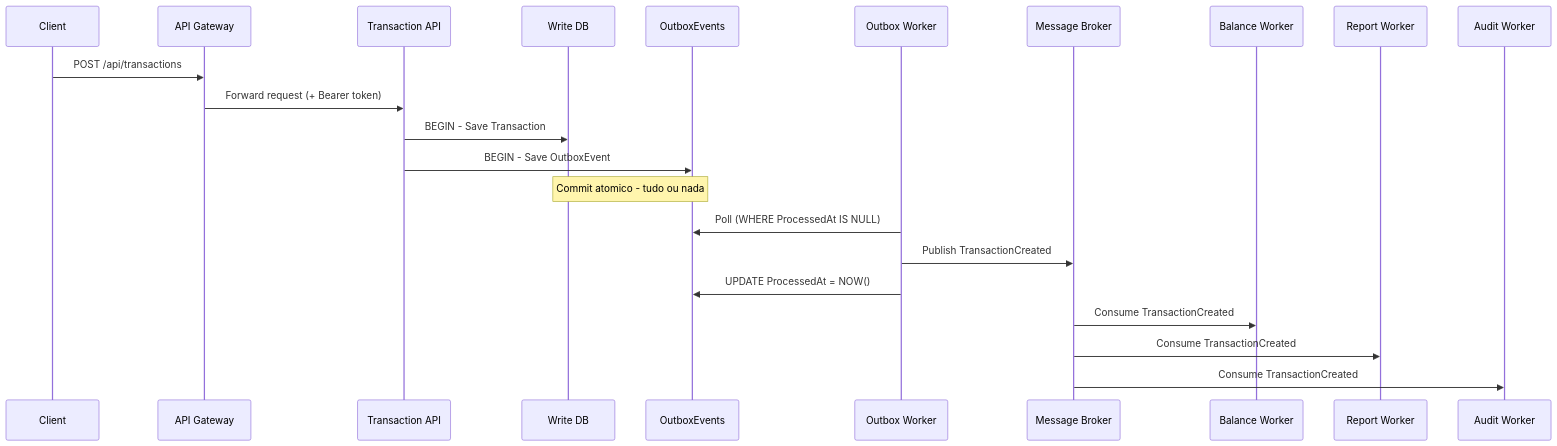
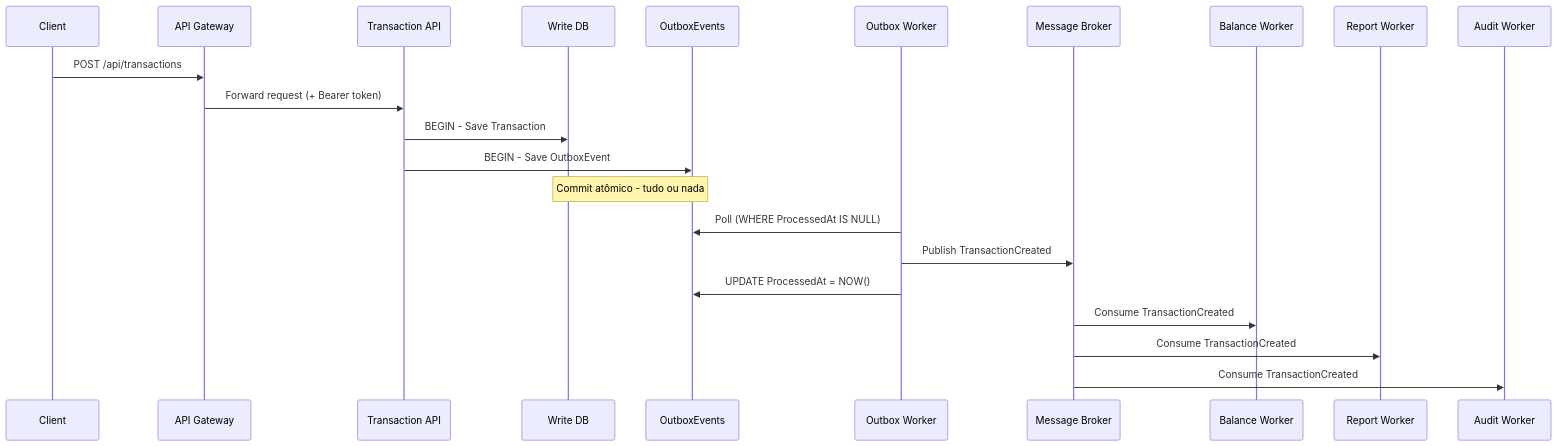
The third of 3 diagrams in docs/architecture.md (antonio-leonardo/Cashflow), drawn with Mermaid before and after one commit. The commit also changed other lines of this file and 54 other files, not shown here.

````diff
--- a/docs/architecture.md
+++ b/docs/architecture.md
@@ -170,25 +170,25 @@
 ```mermaid
 sequenceDiagram
   participant C  as Client
   participant G  as API Gateway
   participant T  as Transaction API
   participant W  as Write DB
   participant O  as OutboxEvents
   participant OW as Outbox Worker
   participant MB as Message Broker
   participant BW as Balance Worker
   participant RW as Report Worker
   participant AW as Audit Worker
 
   C->>G: POST /api/transactions
   G->>T: Forward request (+ Bearer token)
   T->>W: BEGIN - Save Transaction
   T->>O: BEGIN - Save OutboxEvent
-  Note over W,O: Commit atomico - tudo ou nada
+  Note over W,O: Commit atômico - tudo ou nada
   OW->>O: Poll (WHERE ProcessedAt IS NULL)
   OW->>MB: Publish TransactionCreated
   OW->>O: UPDATE ProcessedAt = NOW()
   MB->>BW: Consume TransactionCreated
   MB->>RW: Consume TransactionCreated
   MB->>AW: Consume TransactionCreated
 ```
````
